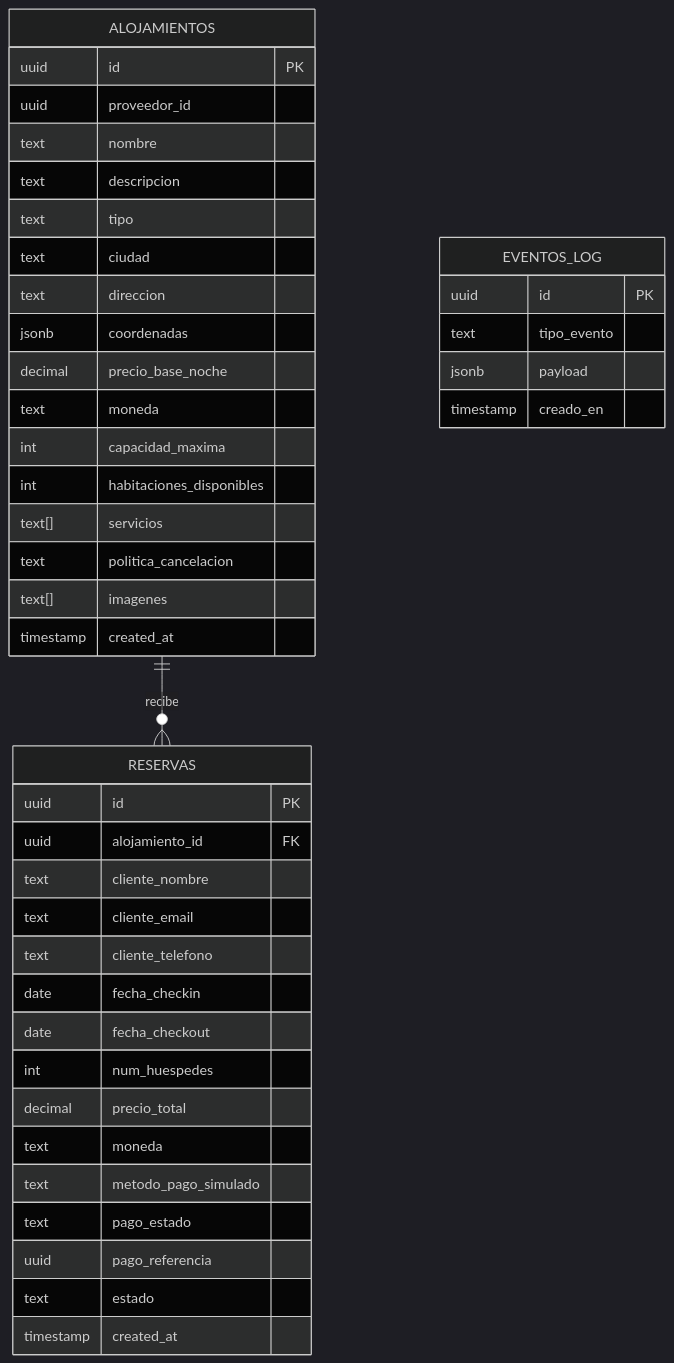
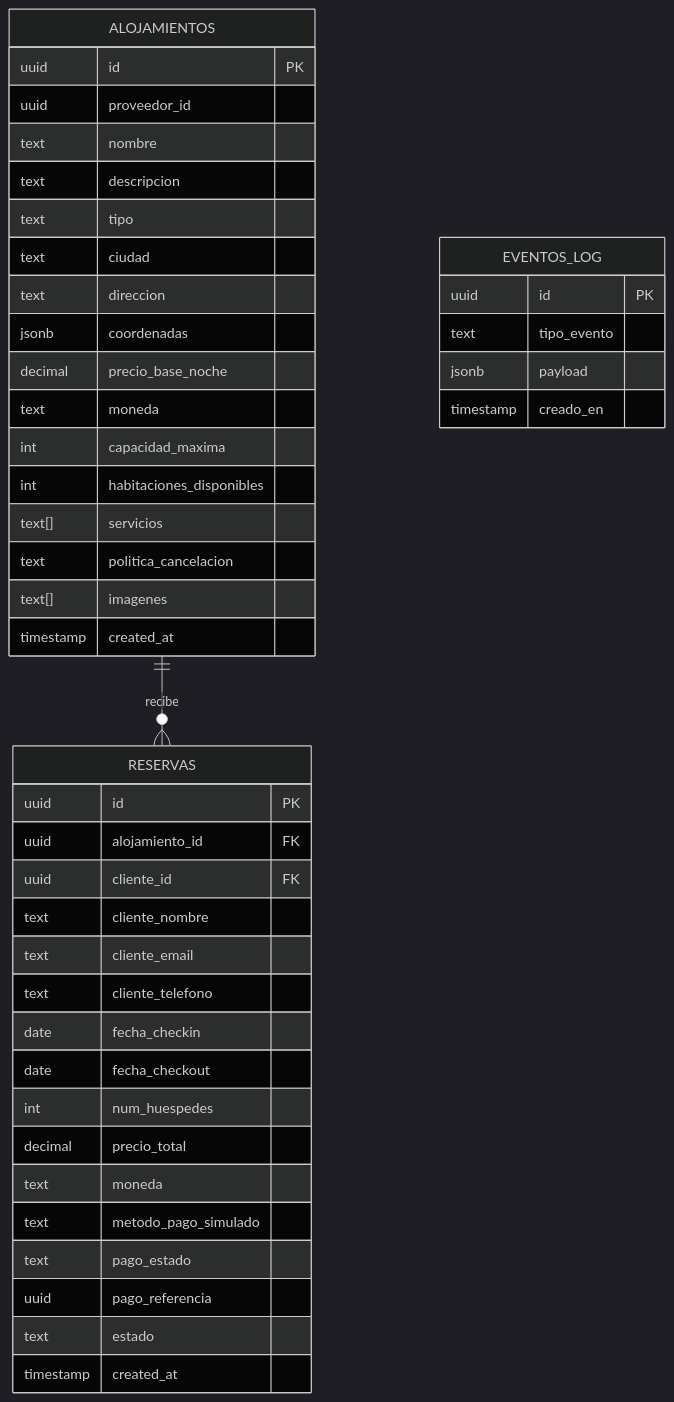
One commit to morenokarol10/booking-alojamiento changed the second of 2 diagrams in README.md. Above: the diagram before and after it, drawn with Mermaid (dark theme). The commit also changed other lines of this file and 40 other files, not shown here.

````diff
--- a/README.md
+++ b/README.md
@@ -58,48 +59,49 @@
 ```mermaid
 erDiagram
     ALOJAMIENTOS {
         uuid id PK
         uuid proveedor_id
         text nombre
         text descripcion
         text tipo
         text ciudad
         text direccion
         jsonb coordenadas
         decimal precio_base_noche
         text moneda
         int capacidad_maxima
         int habitaciones_disponibles
         text[] servicios
         text politica_cancelacion
         text[] imagenes
         timestamp created_at
     }
 
     RESERVAS {
         uuid id PK
         uuid alojamiento_id FK
+        uuid cliente_id FK
         text cliente_nombre
         text cliente_email
         text cliente_telefono
         date fecha_checkin
         date fecha_checkout
         int num_huespedes
         decimal precio_total
         text moneda
         text metodo_pago_simulado
         text pago_estado
         uuid pago_referencia
         text estado
         timestamp created_at
     }
 
     EVENTOS_LOG {
         uuid id PK
         text tipo_evento
         jsonb payload
         timestamp creado_en
     }
 
     ALOJAMIENTOS ||--o{ RESERVAS : recibe
 ```
````
